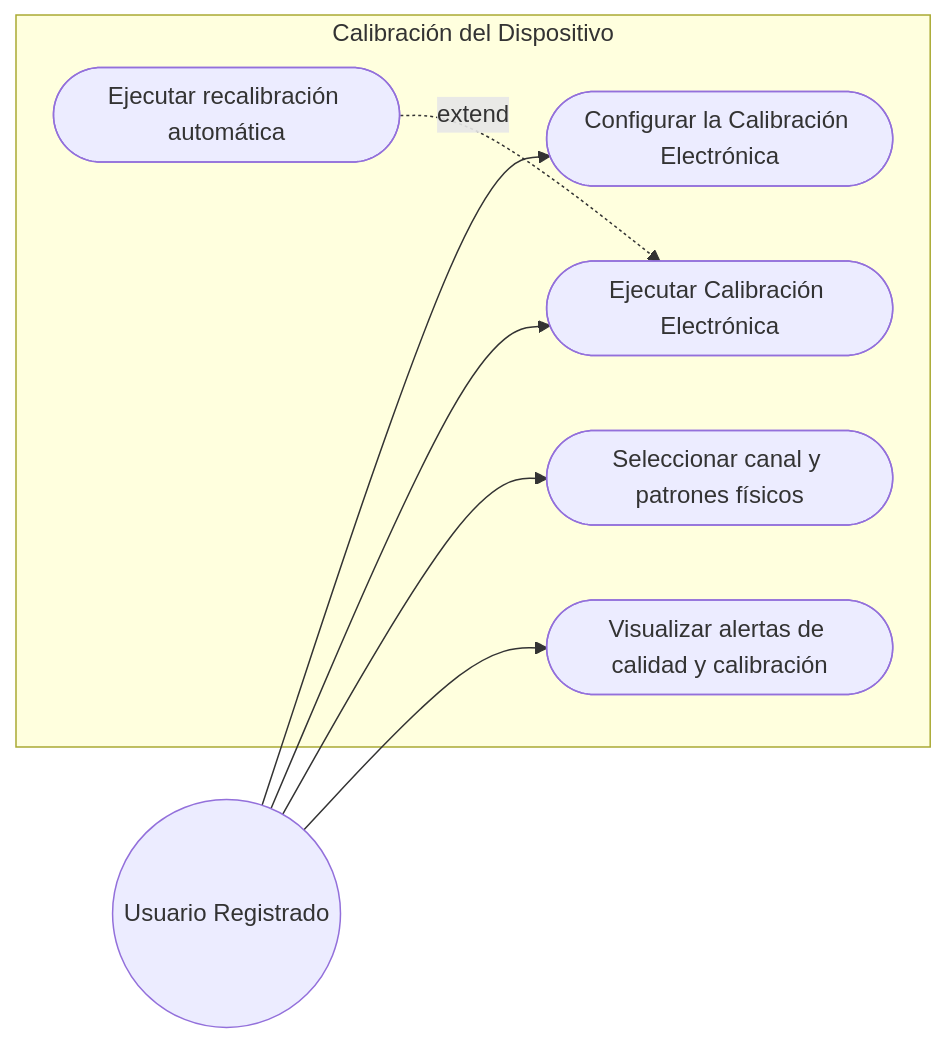
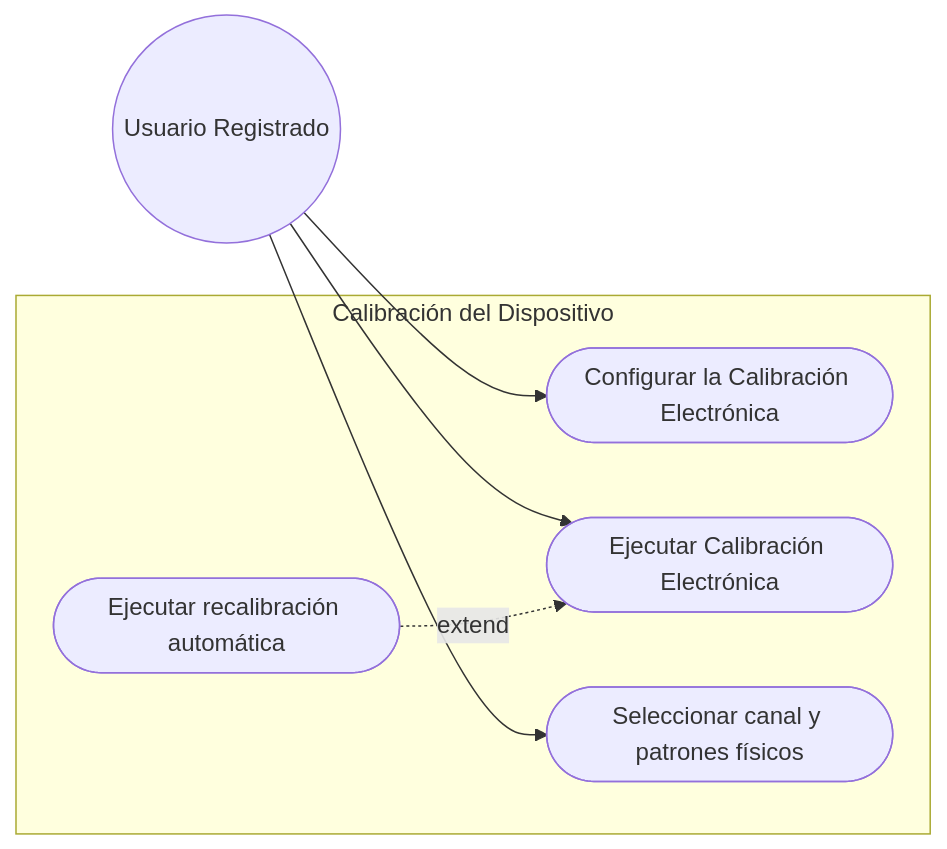
One commit to alegrelias/Repo-GMini changed the second of 7 diagrams in Gmini-MarkDown/Diagramas/Diagramas de CU.md. Above: the diagram before and after it, drawn with Mermaid. The commit also changed other lines of this file and 2 other files, not shown here.

Commit message:
Cambio de nombres y eliminacion de cus acordados

````diff
--- a/Gmini-MarkDown/Diagramas/Diagramas de CU.md
+++ b/Gmini-MarkDown/Diagramas/Diagramas de CU.md
@@ -32,22 +32,20 @@
 ```mermaid
 flowchart LR
 %% Actores
 Usuario((Usuario Registrado))
 
 subgraph Calibración del Dispositivo
 	CU5([Configurar la Calibración Electrónica])
 	CU6([Ejecutar Calibración Electrónica])
 	CU_D1([Seleccionar canal y patrones físicos])
-	CU_D5([Visualizar alertas de calidad y calibración])
 	CU_D6([Ejecutar recalibración automática])
 end
 
 %% Asociación
 Usuario --> CU5
 Usuario --> CU6
 Usuario --> CU_D1
-Usuario --> CU_D5
 
 %% Relaciones Extend
 CU_D6 -.extend.-> CU6
 ```
````
